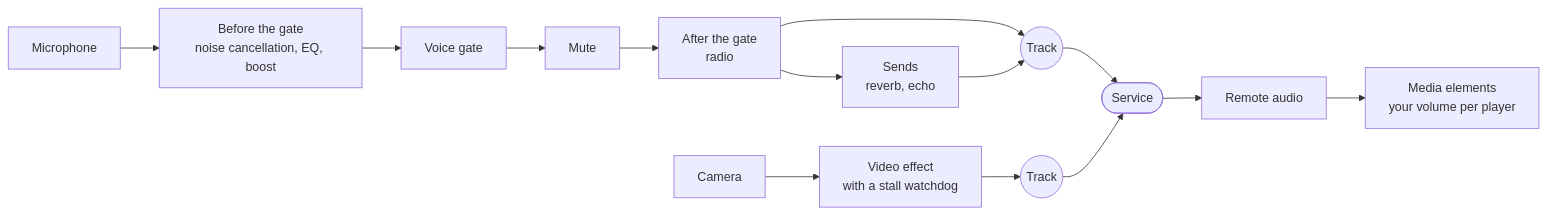
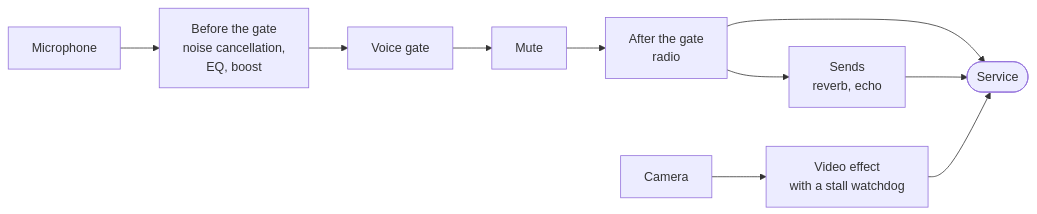
Before and after one commit to Affid/modular-av: the fifth of 5 diagrams in docs/ARCHITECTURE.md, drawn with Mermaid. The commit also changed other lines of this file, not shown here.

Commit message:
docs: architecture diagrams that fit their labels

````diff
--- a/docs/ARCHITECTURE.md
+++ b/docs/ARCHITECTURE.md
@@ -230,18 +231,13 @@
 ```mermaid
 flowchart LR
-  mic[Microphone] --> pre["Before the gate<br/>noise cancellation, EQ, boost"]
+  mic[Microphone] --> pre["Before the gate<br/>noise cancellation,<br/>EQ, boost"]
   pre --> gate[Voice gate]
   gate --> mute[Mute]
   mute --> post["After the gate<br/>radio"]
-  post --> out((Track))
   post --> sends["Sends<br/>reverb, echo"]
-  sends --> out
-  out --> svc([Service])
+  post --> svc([Service])
+  sends --> svc
 
   cam[Camera] --> vfx["Video effect<br/>with a stall watchdog"]
-  vfx --> vout((Track))
-  vout --> svc
-
-  svc --> remote["Remote audio"]
-  remote --> play["Media elements<br/>your volume per player"]
+  vfx --> svc
 ```
````
